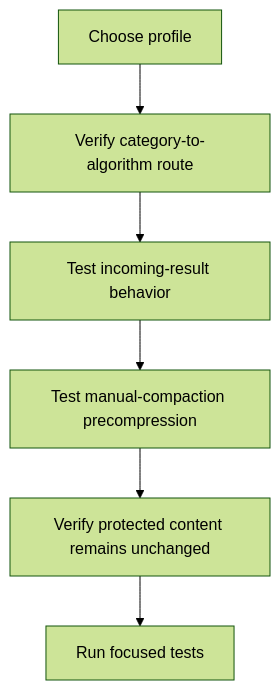
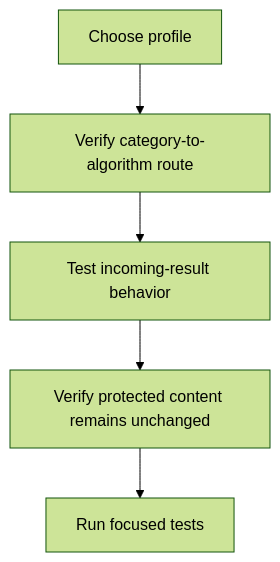
The second of 2 diagrams in kask/docs/diataxis/hkask-condenser/reference.md (mdz-axo/zed-kask), drawn with Mermaid (forest theme) before and after one commit. The commit also changed other lines of this file and 3 other files, not shown here.

````diff
--- a/kask/docs/diataxis/hkask-condenser/reference.md
+++ b/kask/docs/diataxis/hkask-condenser/reference.md
@@ -136,8 +128,7 @@
 ```mermaid
 flowchart TD
     A[Choose profile] --> B[Verify category-to-algorithm route]
     B --> C[Test incoming-result behavior]
-    C --> D[Test manual-compaction precompression]
-    D --> E[Verify protected content remains unchanged]
-    E --> F[Run focused tests]
+    C --> D[Verify protected content remains unchanged]
+    D --> E[Run focused tests]
 ```
````
